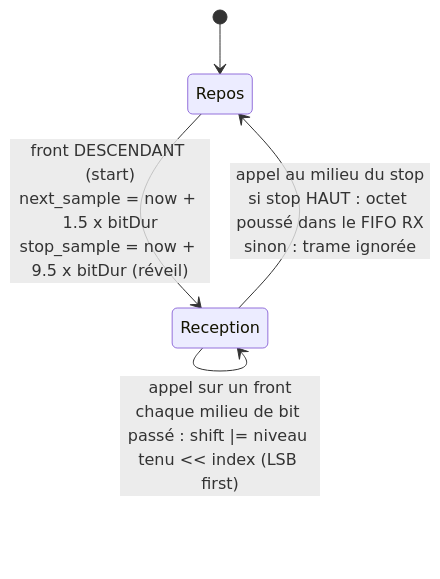
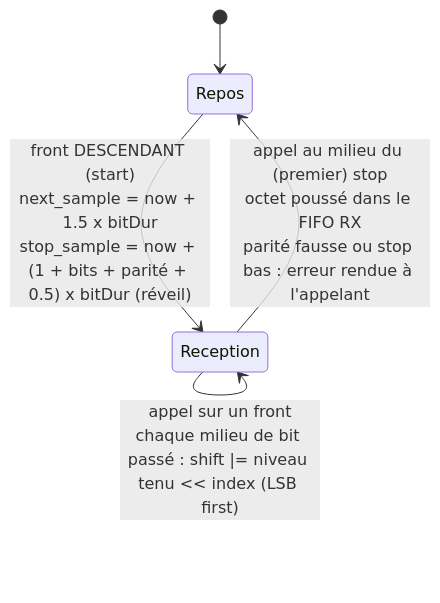
One commit to bdelaup/modelica_micropython changed the first of 2 diagrams in docs/fr/interne/uart.md. Above: the diagram before and after it, drawn with Mermaid. The commit also changed other lines of this file and 81 other files, not shown here.

````diff
--- a/docs/fr/interne/uart.md
+++ b/docs/fr/interne/uart.md
@@ -77,7 +77,7 @@
 ```mermaid
 stateDiagram-v2
     [*] --> Repos
-    Repos --> Reception : front DESCENDANT (start)<br/>next_sample = now + 1.5 x bitDur<br/>stop_sample = now + 9.5 x bitDur (réveil)
+    Repos --> Reception : front DESCENDANT (start)<br/>next_sample = now + 1.5 x bitDur<br/>stop_sample = now + (1 + bits + parité + 0.5) x bitDur (réveil)
     Reception --> Reception : appel sur un front<br/>chaque milieu de bit passé : shift |= niveau tenu << index (LSB first)
-    Reception --> Repos : appel au milieu du stop<br/>si stop HAUT : octet poussé dans le FIFO RX<br/>sinon : trame ignorée
+    Reception --> Repos : appel au milieu du (premier) stop<br/>octet poussé dans le FIFO RX<br/>parité fausse ou stop bas : erreur rendue à l'appelant
 ```
````
